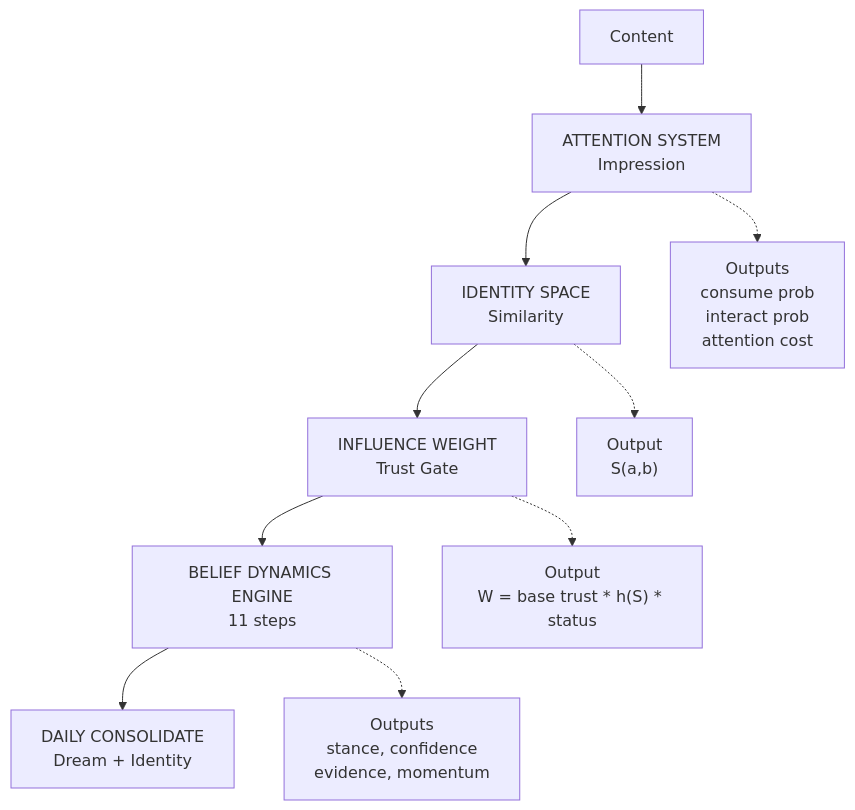
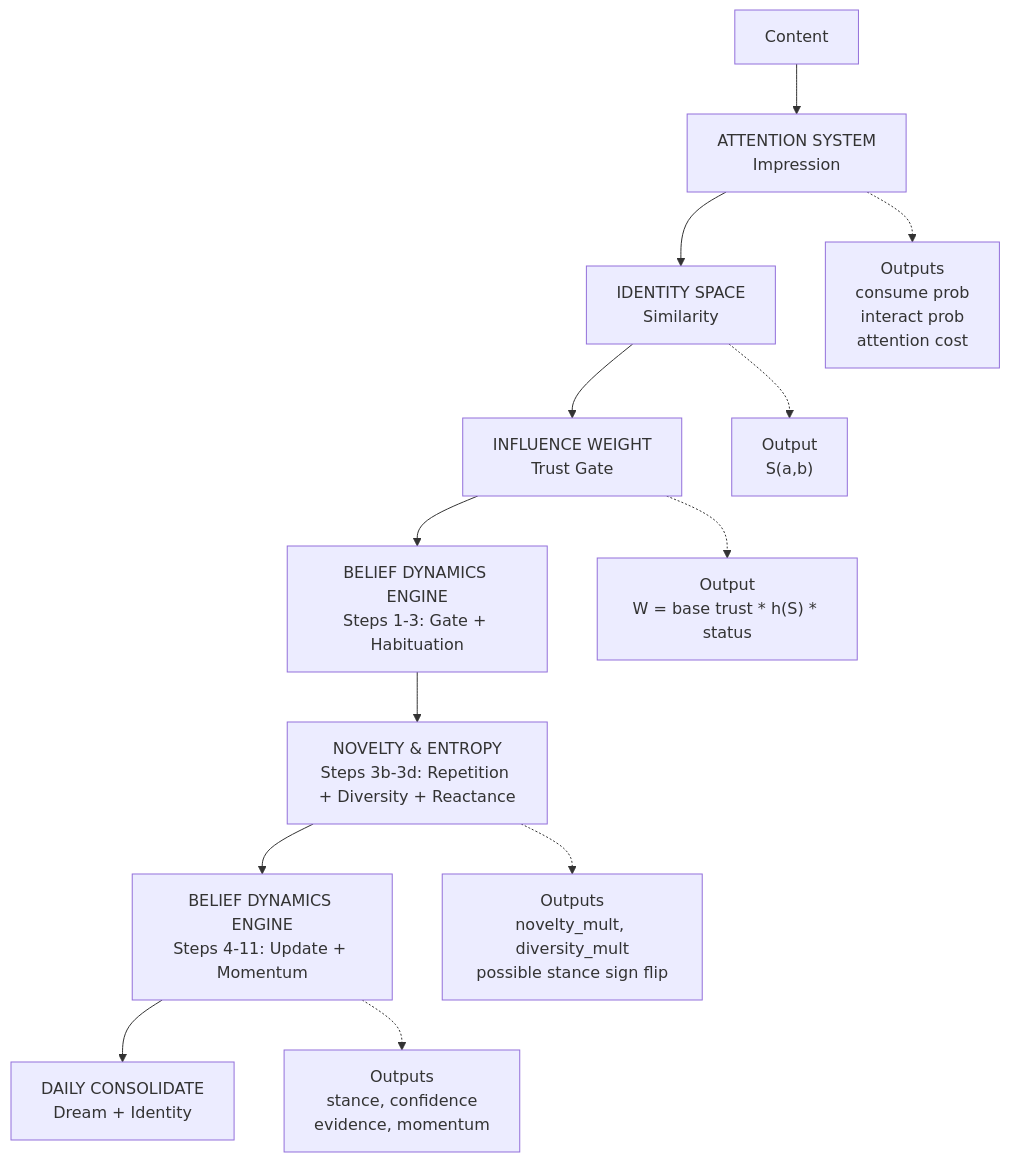
One commit to ginkorea/gsocialsim changed the diagram in INFLUENCE_MATH.md. Above: the diagram before and after it, drawn with Mermaid. The commit also changed other lines of this file and 5 other files, not shown here.

First line of the commit message:
Update docs to incorporate content novelty, message entropy, and roadmap feedback

````diff
--- a/INFLUENCE_MATH.md
+++ b/INFLUENCE_MATH.md
@@ -31,21 +32,26 @@
 ```mermaid
 graph TD
   A["Content"]
   B["ATTENTION SYSTEM<br/>Impression"]
   C["IDENTITY SPACE<br/>Similarity"]
   D["INFLUENCE WEIGHT<br/>Trust Gate"]
-  E["BELIEF DYNAMICS ENGINE<br/>11 steps"]
+  E["BELIEF DYNAMICS ENGINE<br/>Steps 1-3: Gate + Habituation"]
+  E2["NOVELTY & ENTROPY<br/>Steps 3b-3d: Repetition + Diversity + Reactance"]
+  E3["BELIEF DYNAMICS ENGINE<br/>Steps 4-11: Update + Momentum"]
   F["DAILY CONSOLIDATE<br/>Dream + Identity"]
 
   A --> B
   B --> C
   C --> D
   D --> E
-  E --> F
+  E --> E2
+  E2 --> E3
+  E3 --> F
 
   B -.-> Bm["Outputs<br/>consume prob<br/>interact prob<br/>attention cost"]
   C -.-> Cm["Output<br/>S(a,b)"]
   D -.-> Dm["Output<br/>W = base trust * h(S) * status"]
-  E -.-> Em["Outputs<br/>stance, confidence<br/>evidence, momentum"]
+  E2 -.-> E2m["Outputs<br/>novelty_mult, diversity_mult<br/>possible stance sign flip"]
+  E3 -.-> Em["Outputs<br/>stance, confidence<br/>evidence, momentum"]
 
 ```
````
